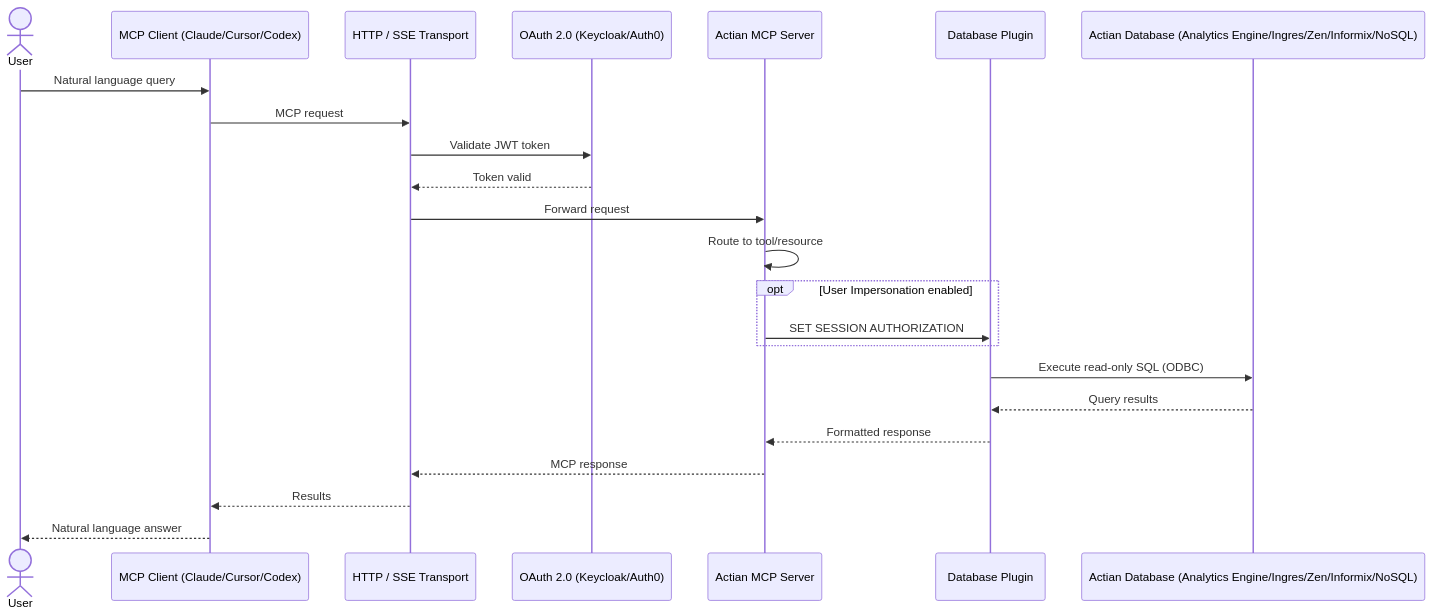
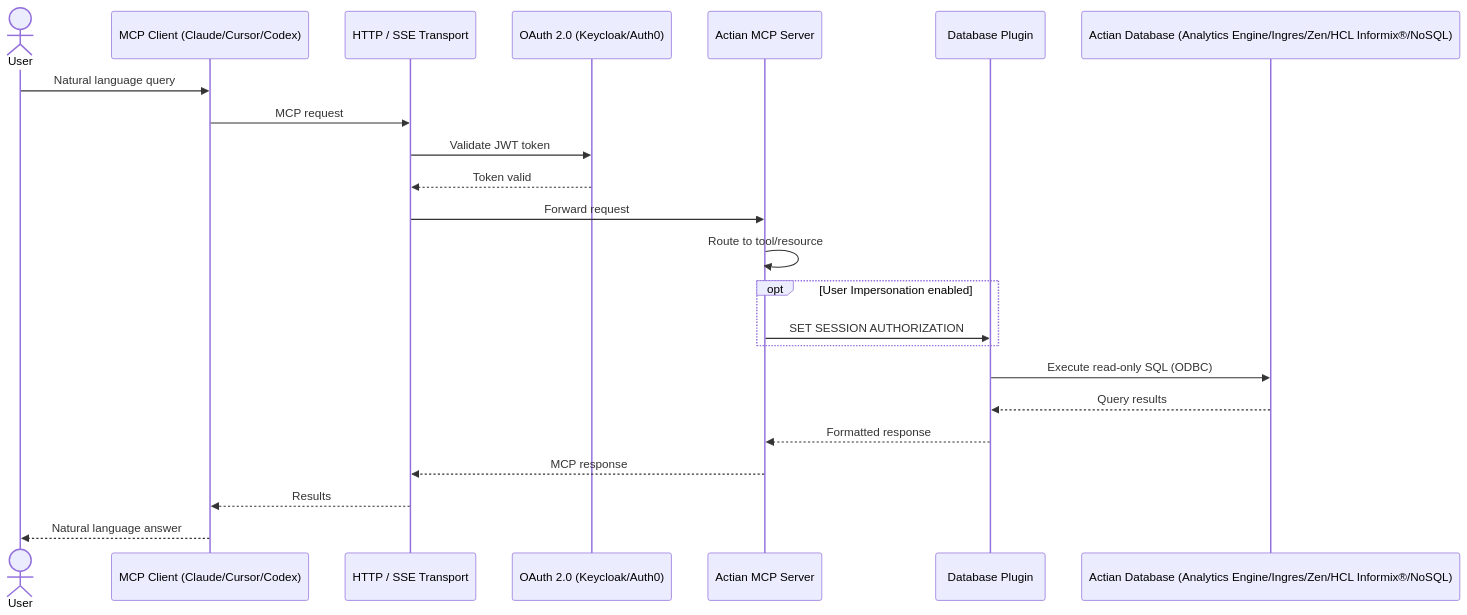
The second of 2 diagrams in docs/intro/index.md (ActianCorp/mcp-server-docs), drawn with Mermaid before and after one commit. The commit also changed other lines of this file and 28 other files, not shown here.

````diff
--- a/docs/intro/index.md
+++ b/docs/intro/index.md
@@ -109,31 +106,31 @@
 ```mermaid
 %%{init: {'theme': 'default', 'themeVariables': {'fontSize': '20px'}}}%%
 sequenceDiagram
     actor User
     participant Client as MCP Client (Claude/Cursor/Codex)
     participant Transport as HTTP / SSE Transport
     participant Auth as OAuth 2.0 (Keycloak/Auth0)
     participant Server as Actian MCP Server
     participant Plugin as Database Plugin
-    participant DB as Actian Database (Analytics Engine/Ingres/Zen/Informix/NoSQL)
+    participant DB as Actian Database (Analytics Engine/Ingres/Zen/HCL Informix®/NoSQL)
 
     User->>Client: Natural language query
     Client->>Transport: MCP request
 
     Transport->>Auth: Validate JWT token
     Auth-->>Transport: Token valid
 
     Transport->>Server: Forward request
     Server->>Server: Route to tool/resource
 
     opt User Impersonation enabled
         Server->>Plugin: SET SESSION AUTHORIZATION
     end
 
     Plugin->>DB: Execute read-only SQL (ODBC)
     DB-->>Plugin: Query results
     Plugin-->>Server: Formatted response
     Server-->>Transport: MCP response
     Transport-->>Client: Results
     Client-->>User: Natural language answer
 ```
````
